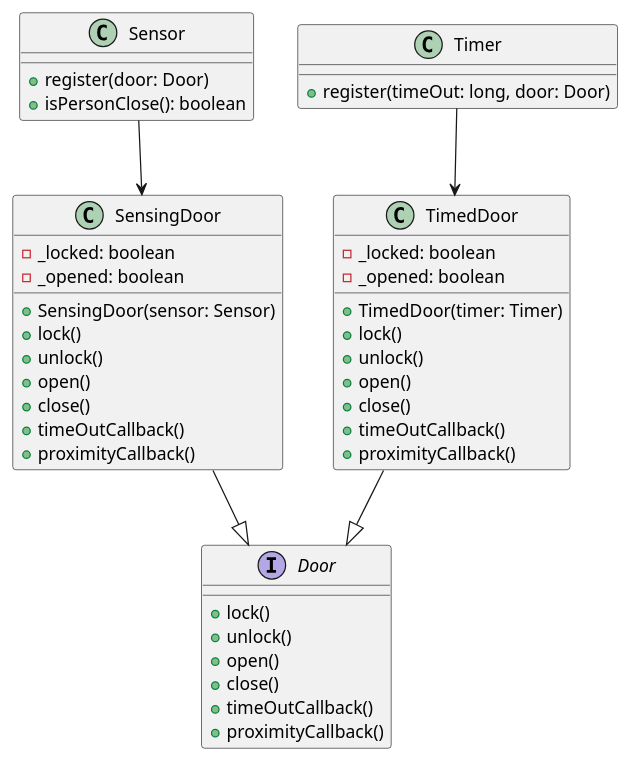
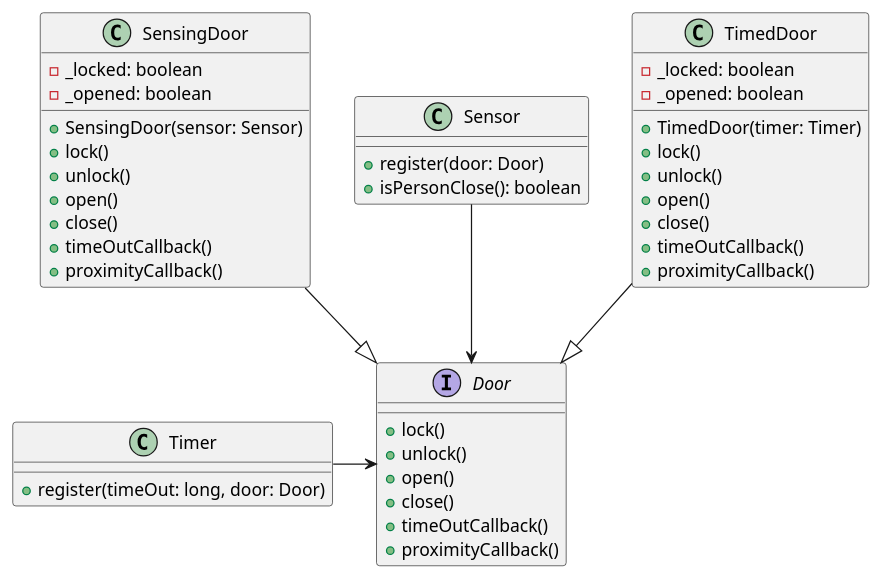
The diagram in ISP/src/com/directi/training/isp/exercise/uml.wsd (MedAzizKhayati/SOLID), drawn with PlantUML before and after one commit. The commit also changed 8 other files, not shown here.

```diff
--- a/ISP/src/com/directi/training/isp/exercise/uml.wsd
+++ b/ISP/src/com/directi/training/isp/exercise/uml.wsd
@@ -1,48 +1,48 @@
 @startuml isp
 interface Door {
   +lock()
   +unlock()
   +open()
   +close()
   +timeOutCallback()
   +proximityCallback()
 }
 
 class SensingDoor {
   -_locked: boolean
   -_opened: boolean
   +SensingDoor(sensor: Sensor)
   +lock()
   +unlock()
   +open()
   +close()
   +timeOutCallback()
   +proximityCallback()
 }
 
 class Sensor {
   +register(door: Door)
   +isPersonClose(): boolean
 }
 
 class TimedDoor {
   -_locked: boolean
   -_opened: boolean
   +TimedDoor(timer: Timer)
   +lock()
   +unlock()
   +open()
   +close()
   +timeOutCallback()
   +proximityCallback()
 }
 
 class Timer {
   +register(timeOut: long, door: Door)
 }
 
+Sensor --> Door
+Timer -> Door
 SensingDoor --|> Door
 TimedDoor --|> Door
-Sensor --> SensingDoor
-Timer --> TimedDoor
 @enduml
```
